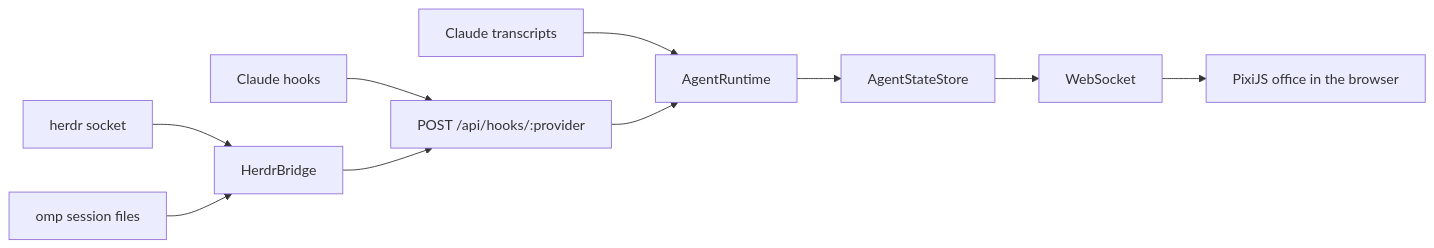
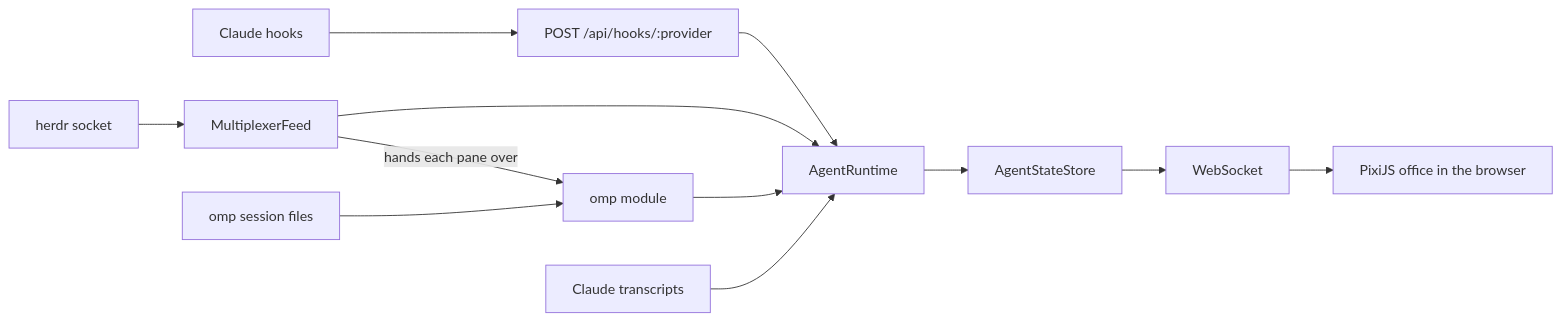
Before and after one commit to Luckystrike561/terrarium: the diagram in README.md, drawn with Mermaid. The commit also changed other lines of this file and 181 other files, not shown here.

First line of the commit message:
feat(server): modular providers with herdr as a multiplexer module and omp as an agent module (#20)

````diff
--- a/README.md
+++ b/README.md
@@ -108,12 +109,14 @@
 ```mermaid
 flowchart LR
-  herdr[herdr socket] --> bridge[HerdrBridge]
-  omp[omp session files] --> bridge
+  herdr[herdr socket] --> feed[MultiplexerFeed]
+  feed -- hands each pane over --> ompmod[omp module]
+  omp[omp session files] --> ompmod
   hooks[Claude hooks] --> api["POST /api/hooks/:provider"]
-  bridge --> api
+  api --> runtime[AgentRuntime]
+  feed --> runtime
+  ompmod --> runtime
   jsonl[Claude transcripts] --> runtime
-  api --> runtime[AgentRuntime]
   runtime --> store[AgentStateStore]
   store --> ws[WebSocket]
   ws --> office[PixiJS office in the browser]
 ```
````
